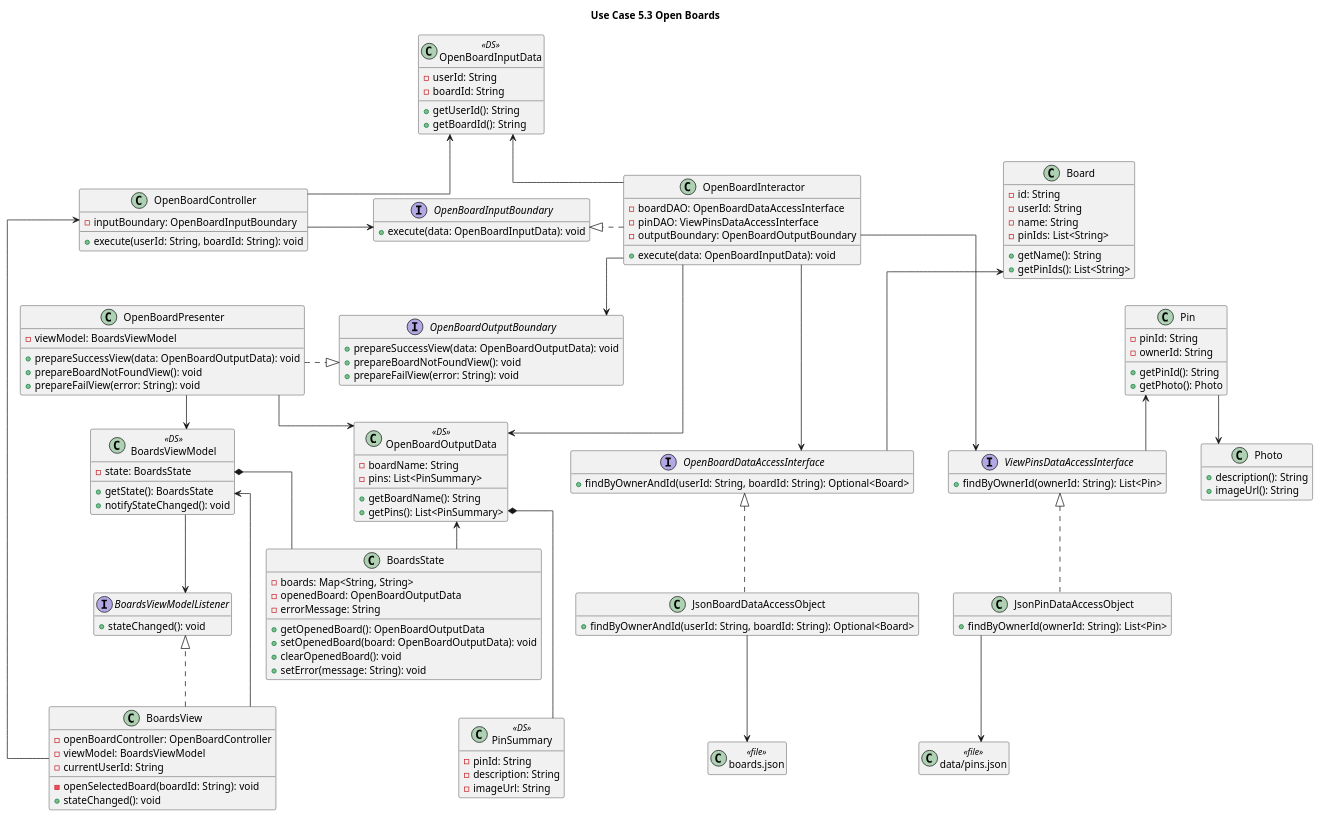
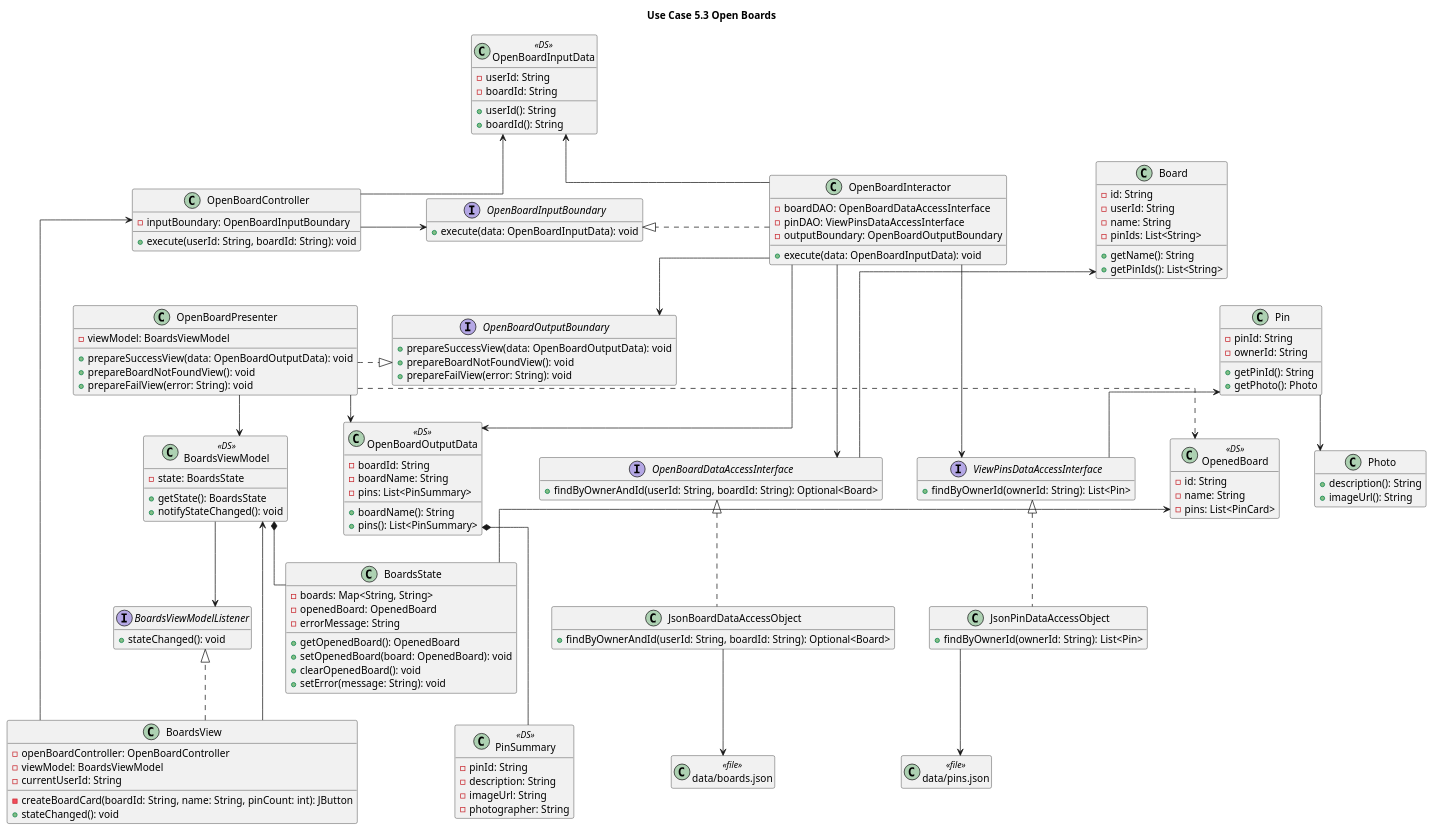
One commit to GabrielCastellon/team-project changed the diagram in docs/OPEN_BOARDS_UML.puml. Above: the diagram before and after it, drawn with PlantUML. The commit also changed 23 other files, not shown here.

Commit message:
Implement UC 5.3 Open Board with a searchable pin gallery

```diff
--- a/docs/OPEN_BOARDS_UML.puml
+++ b/docs/OPEN_BOARDS_UML.puml
@@ -1,162 +1,171 @@
 @startuml
 title Use Case 5.3 Open Boards
 top to bottom direction
 skinparam linetype ortho
 skinparam nodesep 48
 skinparam ranksep 38
 hide empty members
 
-' Proposed design. Shared classes show only members relevant to opening a board.
+' Shared classes show only members relevant to opening a board.
 class "OpenBoardController" as Controller {
     - inputBoundary: OpenBoardInputBoundary
     + execute(userId: String, boardId: String): void
 }
 class "OpenBoardPresenter" as Presenter {
     - viewModel: BoardsViewModel
     + prepareSuccessView(data: OpenBoardOutputData): void
     + prepareBoardNotFoundView(): void
     + prepareFailView(error: String): void
 }
 class "BoardsViewModel" as VM <<DS>> {
     - state: BoardsState
     + getState(): BoardsState
     + notifyStateChanged(): void
 }
 interface "BoardsViewModelListener" as Listener {
     + stateChanged(): void
 }
 class "BoardsView" as View {
     - openBoardController: OpenBoardController
     - viewModel: BoardsViewModel
     - currentUserId: String
-    - openSelectedBoard(boardId: String): void
+    - createBoardCard(boardId: String, name: String, pinCount: int): JButton
     + stateChanged(): void
 }
 class "BoardsState" as State {
     - boards: Map<String, String>
-    - openedBoard: OpenBoardOutputData
+    - openedBoard: OpenedBoard
     - errorMessage: String
-    + getOpenedBoard(): OpenBoardOutputData
-    + setOpenedBoard(board: OpenBoardOutputData): void
+    + getOpenedBoard(): OpenedBoard
+    + setOpenedBoard(board: OpenedBoard): void
     + clearOpenedBoard(): void
     + setError(message: String): void
 }
 
 class "OpenBoardInputData" as InData <<DS>> {
     - userId: String
     - boardId: String
-    + getUserId(): String
-    + getBoardId(): String
+    + userId(): String
+    + boardId(): String
 }
 interface "OpenBoardInputBoundary" as InPort {
     + execute(data: OpenBoardInputData): void
 }
 interface "OpenBoardOutputBoundary" as OutPort {
     + prepareSuccessView(data: OpenBoardOutputData): void
     + prepareBoardNotFoundView(): void
     + prepareFailView(error: String): void
 }
 class "OpenBoardOutputData" as OutData <<DS>> {
+    - boardId: String
     - boardName: String
     - pins: List<PinSummary>
-    + getBoardName(): String
-    + getPins(): List<PinSummary>
+    + boardName(): String
+    + pins(): List<PinSummary>
 }
 class PinSummary <<DS>> {
     - pinId: String
     - description: String
     - imageUrl: String
+    - photographer: String
 }
 class "OpenBoardInteractor" as UseCase {
     - boardDAO: OpenBoardDataAccessInterface
     - pinDAO: ViewPinsDataAccessInterface
     - outputBoundary: OpenBoardOutputBoundary
     + execute(data: OpenBoardInputData): void
 }
 interface "OpenBoardDataAccessInterface" as BoardPort {
     + findByOwnerAndId(userId: String, boardId: String): Optional<Board>
 }
 interface "ViewPinsDataAccessInterface" as PinPort {
     + findByOwnerId(ownerId: String): List<Pin>
+}
+
+class OpenedBoard <<DS>> {
+    - id: String
+    - name: String
+    - pins: List<PinCard>
 }
 
 class Board {
     - id: String
     - userId: String
     - name: String
     - pinIds: List<String>
     + getName(): String
     + getPinIds(): List<String>
 }
 class Pin {
     - pinId: String
     - ownerId: String
     + getPinId(): String
     + getPhoto(): Photo
 }
 class Photo {
     + description(): String
     + imageUrl(): String
 }
 class "JsonBoardDataAccessObject" as BoardDAO {
     + findByOwnerAndId(userId: String, boardId: String): Optional<Board>
 }
 class "JsonPinDataAccessObject" as PinDAO {
     + findByOwnerId(ownerId: String): List<Pin>
 }
-class "boards.json" as BoardsFile <<file>>
+class "data/boards.json" as BoardsFile <<file>>
 class "data/pins.json" as PinsFile <<file>>
 
 ' Same left-to-right columns and vertical order as View Boards.
 Controller -[hidden]down-> Presenter
 Presenter -[hidden]down-> VM
 VM -[hidden]down-> Listener
 Listener -[hidden]down-> View
 InData -[hidden]down-> InPort
 InPort -[hidden]down-> OutPort
 OutPort -[hidden]down-> OutData
 OutData -[hidden]down-> State
 UseCase -[hidden]down-> BoardPort
 BoardPort -[hidden]right-> PinPort
 BoardDAO -[hidden]right-> PinDAO
 BoardsFile -[hidden]right-> PinsFile
 PinPort -[hidden]right-> Photo
 Board -[hidden]down-> Pin
 Pin -[hidden]down-> Photo
 Controller -[hidden]right-> InPort
 InPort -[hidden]right-> UseCase
 UseCase -[hidden]right-> Board
 Presenter -[hidden]right-> OutPort
 VM -[hidden]right-> OutData
 OutData -[hidden]right-> BoardPort
 Listener -[hidden]right-> State
 State -[hidden]down-> PinSummary
 State -[hidden]right-> BoardDAO
 PinSummary -[hidden]right-> BoardsFile
 
 View -[norank]-> Controller
 View -[norank]-> VM
 View .[norank].|> Listener
 VM -[norank]-> Listener
 VM *-[norank]- State
-State -[norank]-> OutData
+State -[norank]-> OpenedBoard
+Presenter ..> OpenedBoard
 Controller -[norank]-> InPort
 Controller -[norank]-> InData
 Presenter .[norank].|> OutPort
 Presenter -[norank]-> VM
 Presenter -[norank]-> OutData
 UseCase .[norank].|> InPort
 UseCase -[norank]-> InData
 UseCase -[norank]-> OutPort
 UseCase -[norank]-> OutData
 OutData *-[norank]- PinSummary
 UseCase -[norank]-> BoardPort
 UseCase -[norank]-> PinPort
 BoardPort -[norank]-> Board
 PinPort -[norank]-> Pin
 Pin -[norank]-> Photo
 BoardPort <|.down. BoardDAO
 PinPort <|.down. PinDAO
 BoardDAO -down-> BoardsFile
 PinDAO -down-> PinsFile
 @enduml
```
